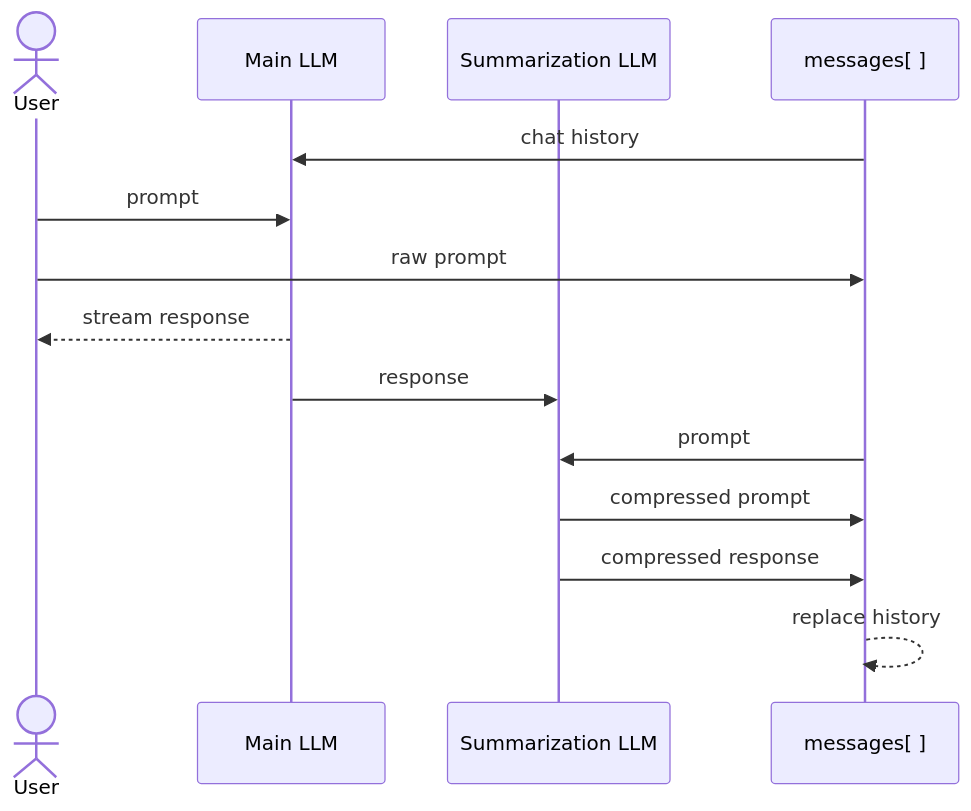
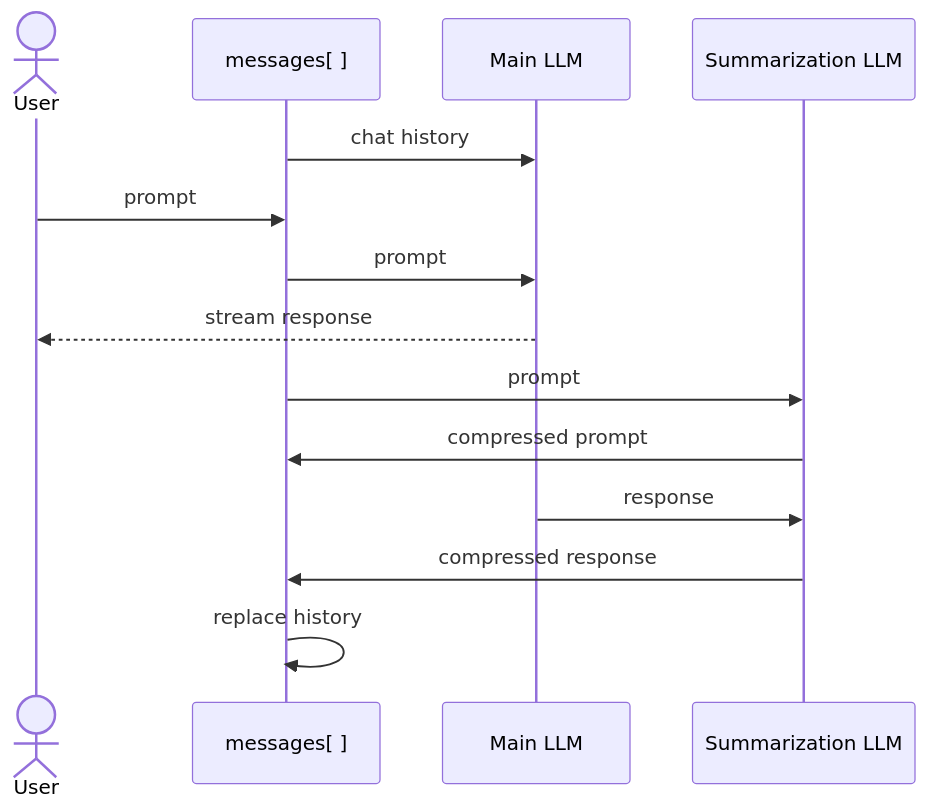
One commit to zi-wa/History-LM changed the diagram in README.md. Above: the diagram before and after it, drawn with Mermaid.

Commit message:
Fix sequence diagram formatting in README.md

````diff
--- a/README.md
+++ b/README.md
@@ -22,18 +22,19 @@
 ```mermaid
 sequenceDiagram
     actor User
+    participant Mem  as messages[ ]
     participant Main as Main LLM
     participant Summ as Summarization LLM
-    participant Mem  as messages[ ]
+
 
     Mem->>Main: chat history
-    User->>Main: prompt
-    User->>Mem: raw prompt
+    User->>Mem: prompt
+    Mem->>Main: prompt
     Main-->>User: stream response
-    Main->>Summ: response
     Mem->>Summ: prompt
     Summ->>Mem: compressed prompt
+    Main->>Summ: response
     Summ->>Mem: compressed response
-    Mem-->>Mem: replace history
+    Mem->>Mem: replace history
 
 ```
````
